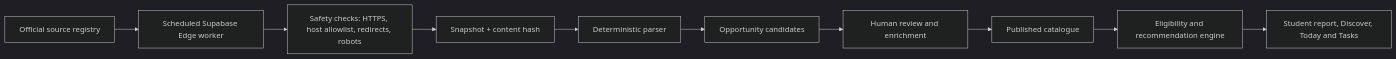
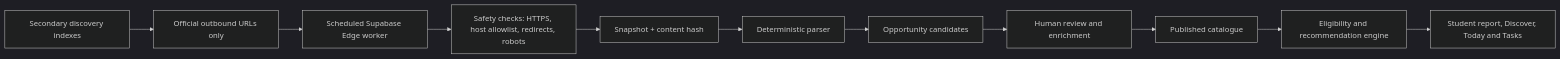
One commit to HaidarAli16/Scholorpath changed the diagram in SCHOLARPATH_PRODUCT_STATUS.md. Above: the diagram before and after it, drawn with Mermaid (dark theme). The commit also changed other lines of this file and 9 other files, not shown here.

Commit message:
Add daily official scholarship discovery pipeline

````diff
--- a/SCHOLARPATH_PRODUCT_STATUS.md
+++ b/SCHOLARPATH_PRODUCT_STATUS.md
@@ -36,12 +36,13 @@
 ```mermaid
 flowchart LR
-  A["Official source registry"] --> B["Scheduled Supabase Edge worker"]
+  S["Secondary discovery indexes"] --> A["Official outbound URLs only"]
+  A --> B["Scheduled Supabase Edge worker"]
   B --> C["Safety checks: HTTPS, host allowlist, redirects, robots"]
   C --> D["Snapshot + content hash"]
   D --> E["Deterministic parser"]
   E --> F["Opportunity candidates"]
   F --> G["Human review and enrichment"]
   G --> H["Published catalogue"]
   H --> I["Eligibility and recommendation engine"]
   I --> J["Student report, Discover, Today and Tasks"]
 ```
````
